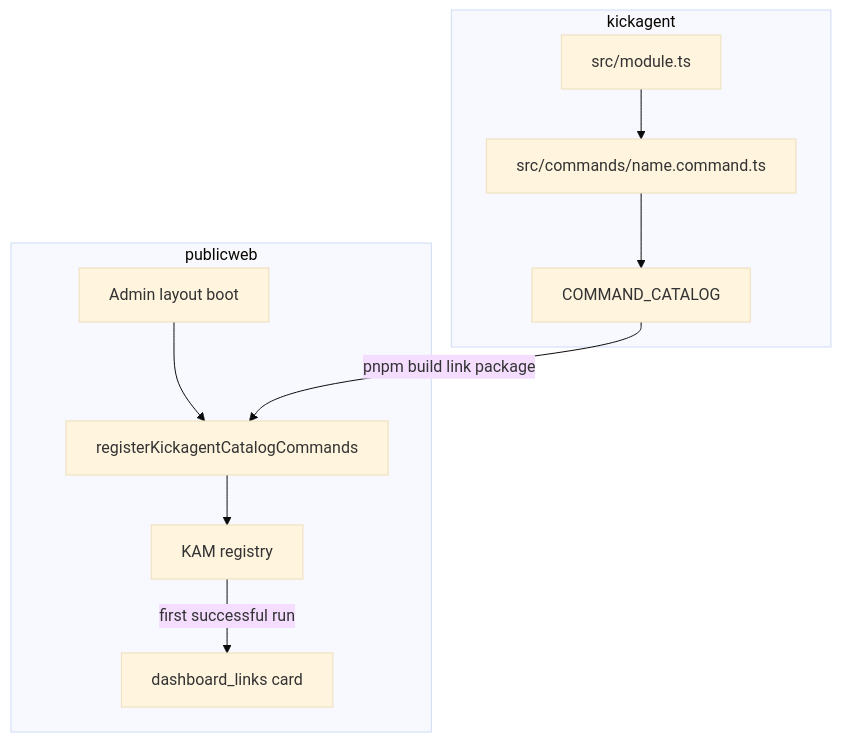
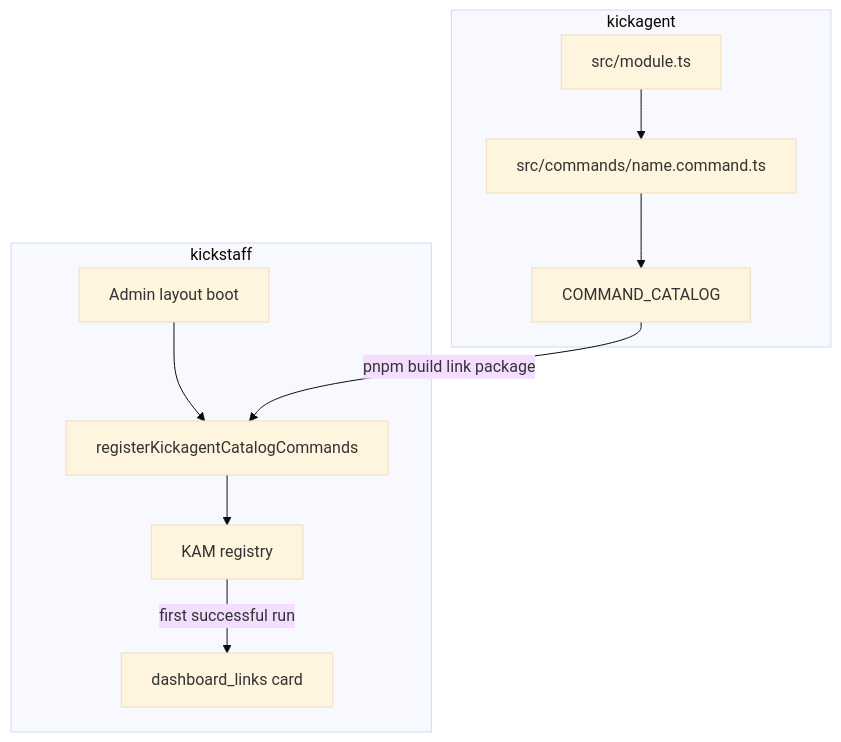
The diagram in docs/guides/register-kickagent-command.md (zethdubois/kickstaff), drawn with Mermaid (base theme) before and after one commit. The commit also changed other lines of this file and 50 other files, not shown here.

First line of the commit message:
[c] Rename the app from publicweb to kickstaff: package name, Kickdesk id (~/.config/kickstaff), Docker database kickstaff_dev, KICKSTAFF_DB_DEFAULT, the db-target cookie, localStorage keys, and docs.

````diff
--- a/docs/guides/register-kickagent-command.md
+++ b/docs/guides/register-kickagent-command.md
@@ -18,18 +18,18 @@
 ```mermaid
 flowchart TD
   subgraph kickagent_repo [kickagent]
     Impl["src/module.ts"]
     CmdFile["src/commands/name.command.ts"]
     Index["COMMAND_CATALOG"]
     Impl --> CmdFile --> Index
   end
-  subgraph publicweb_host [publicweb]
+  subgraph kickstaff_host [kickstaff]
     Layout["Admin layout boot"]
     Reg["registerKickagentCatalogCommands"]
     KAM["KAM registry"]
     Hub["dashboard_links card"]
     Layout --> Reg --> KAM
     KAM -->|"first successful run"| Hub
   end
   Index -->|"pnpm build link package"| Reg
 ```
````
